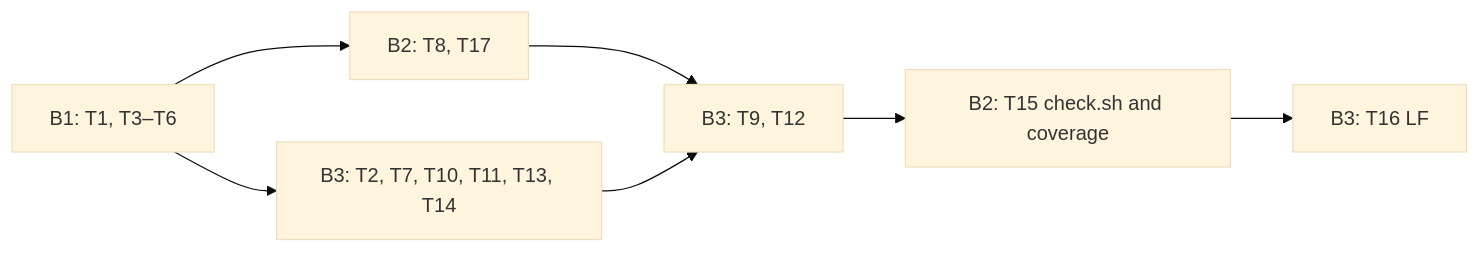
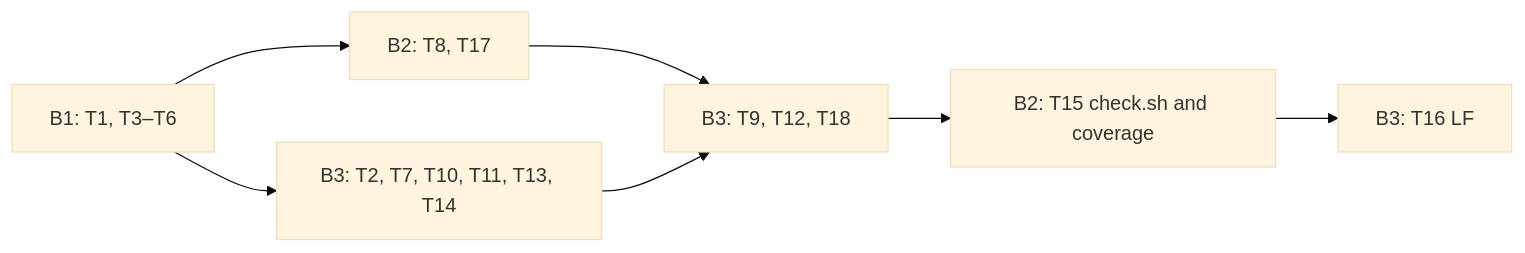
One commit to D0n9X1n/mermaid-tty changed the diagram in docs/plans/2026-10-28-mermaid-tty-v1-B-docs-release.md. Above: the diagram before and after it, drawn with Mermaid (base theme). The commit also changed other lines of this file and 3 other files, not shown here.

````diff
--- a/docs/plans/2026-10-28-mermaid-tty-v1-B-docs-release.md
+++ b/docs/plans/2026-10-28-mermaid-tty-v1-B-docs-release.md
@@ -140,9 +144,9 @@
 ```mermaid
 flowchart LR
   B1["B1: T1, T3–T6"] --> B2a["B2: T8, T17"]
   B1 --> B3a["B3: T2, T7, T10, T11, T13, T14"]
-  B2a --> B3b["B3: T9, T12"]
+  B2a --> B3b["B3: T9, T12, T18"]
   B3a --> B3b
   B3b --> T15["B2: T15 check.sh and coverage"]
   T15 --> T16["B3: T16 LF"]
 ```
````
